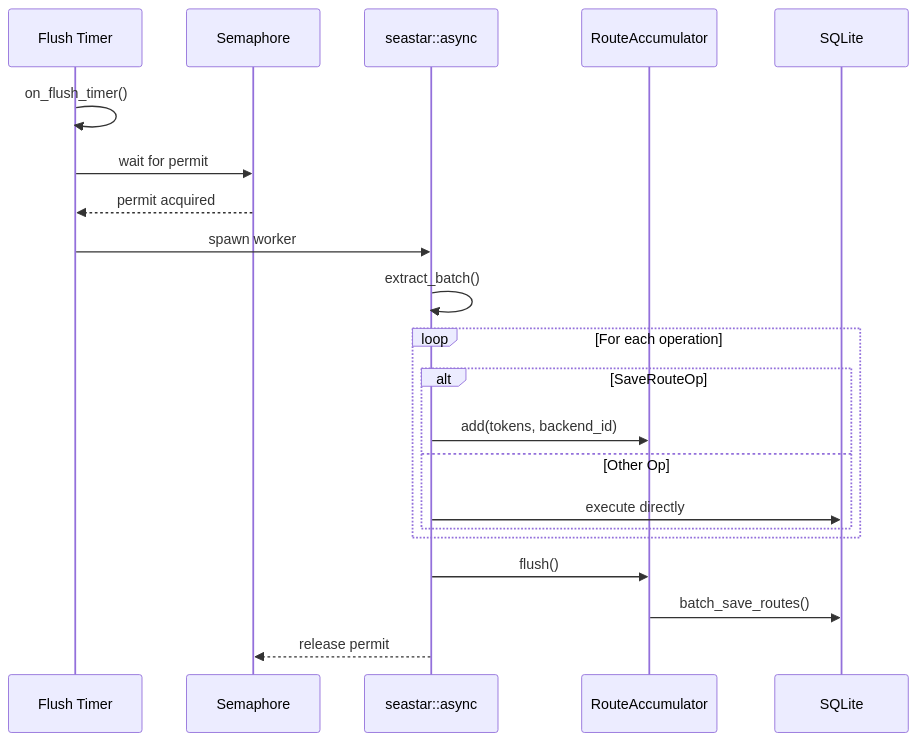
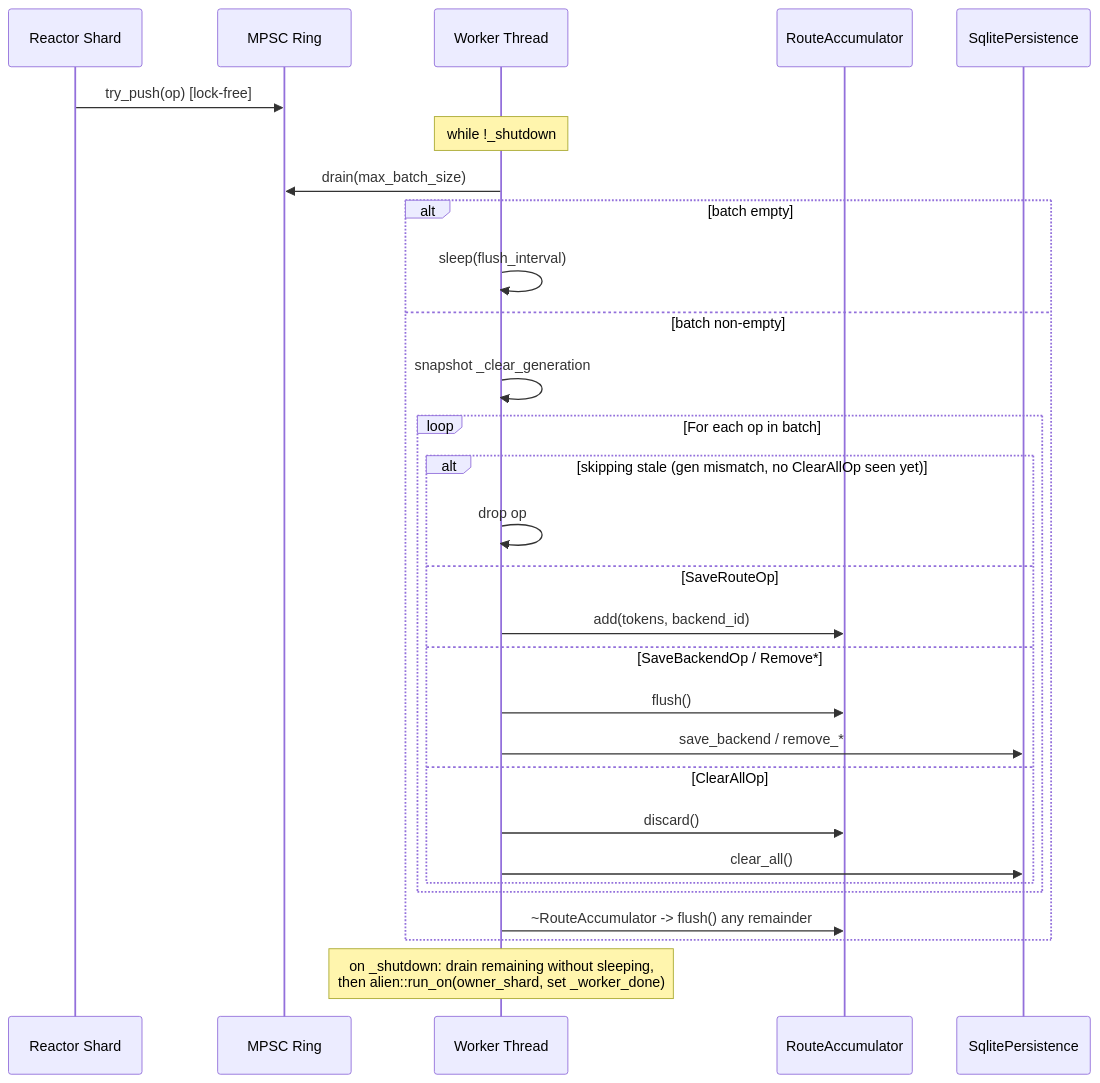
The third of 3 diagrams in docs/internals/async-persistence.md (Ranvier-Systems/ranvier-core), drawn with Mermaid before and after one commit. The commit also changed other lines of this file, not shown here.

First line of the commit message:
docs(async-persistence): rewrite to match current implementation

````diff
--- a/docs/internals/async-persistence.md
+++ b/docs/internals/async-persistence.md
@@ -230,28 +248,32 @@
 ```mermaid
 sequenceDiagram
-    participant T as Flush Timer
-    participant S as Semaphore
-    participant A as seastar::async
-    participant R as RouteAccumulator
-    participant DB as SQLite
+    participant Shard as Reactor Shard
+    participant Ring as MPSC Ring
+    participant W as Worker Thread
+    participant RA as RouteAccumulator
+    participant DB as SqlitePersistence
 
-    T->>T: on_flush_timer()
-    T->>S: wait for permit
-    S-->>T: permit acquired
-
-    T->>A: spawn worker
-    A->>A: extract_batch()
-
-    loop For each operation
-        alt SaveRouteOp
-            A->>R: add(tokens, backend_id)
-        else Other Op
-            A->>DB: execute directly
+    Shard->>Ring: try_push(op) [lock-free]
+    Note over W: while !_shutdown
+    W->>Ring: drain(max_batch_size)
+    alt batch empty
+        W->>W: sleep(flush_interval)
+    else batch non-empty
+        W->>W: snapshot _clear_generation
+        loop For each op in batch
+            alt skipping stale (gen mismatch, no ClearAllOp seen yet)
+                W->>W: drop op
+            else SaveRouteOp
+                W->>RA: add(tokens, backend_id)
+            else SaveBackendOp / Remove* 
+                W->>RA: flush()
+                W->>DB: save_backend / remove_*
+            else ClearAllOp
+                W->>RA: discard()
+                W->>DB: clear_all()
+            end
         end
+        W->>RA: ~RouteAccumulator -> flush() any remainder
     end
-
-    A->>R: flush()
-    R->>DB: batch_save_routes()
-
-    A-->>S: release permit
+    Note over W: on _shutdown: drain remaining without sleeping,<br/>then alien::run_on(owner_shard, set _worker_done)
 ```
````
